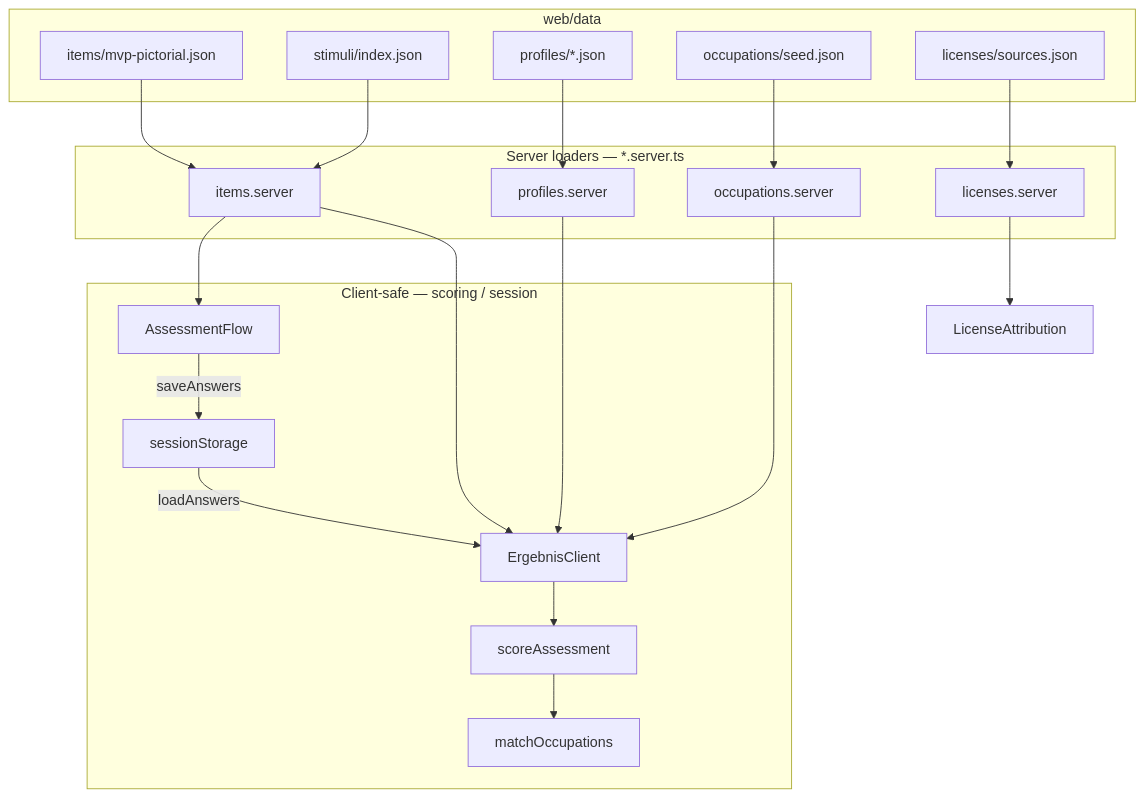
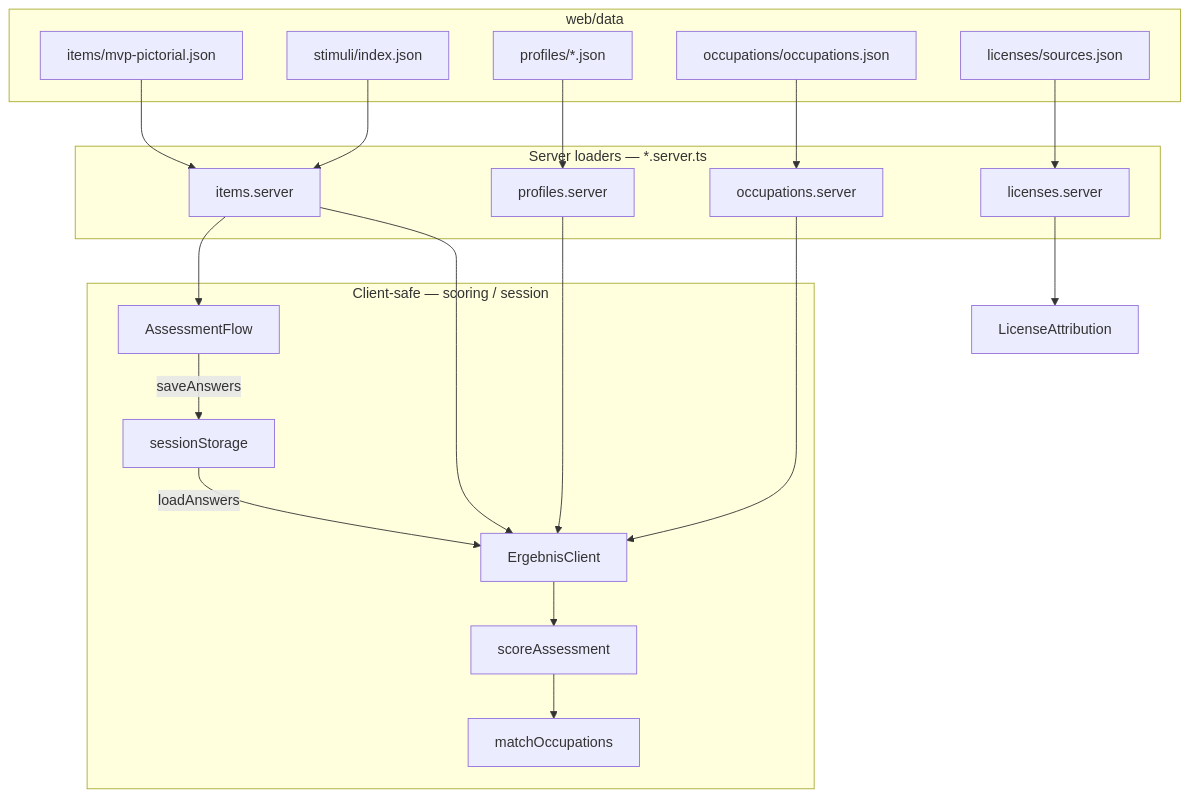
The diagram in README.md (zoooul/riasec), drawn with Mermaid before and after one commit. The commit also changed other lines of this file and 4 other files, not shown here.

First line of the commit message:
Add O*NET occupation import and wire occupations.json loader.

````diff
--- a/README.md
+++ b/README.md
@@ -36,42 +38,42 @@
 ```mermaid
 flowchart TB
   subgraph data [web/data]
     Items[items/mvp-pictorial.json]
     Stimuli[stimuli/index.json]
     Profiles[profiles/*.json]
-    Occ[occupations/seed.json]
+    Occ[occupations/occupations.json]
     Lic[licenses/sources.json]
   end
 
   subgraph server [Server loaders — *.server.ts]
     ItemsS[items.server]
     ProfilesS[profiles.server]
     OccS[occupations.server]
     LicS[licenses.server]
   end
 
   subgraph client [Client-safe — scoring / session]
     Flow[AssessmentFlow]
     Session[sessionStorage]
     Ergebnis[ErgebnisClient]
     Score[scoreAssessment]
     Match[matchOccupations]
   end
 
   Items --> ItemsS
   Stimuli --> ItemsS
   Profiles --> ProfilesS
   Occ --> OccS
   Lic --> LicS
 
   ItemsS --> Flow
   ItemsS --> Ergebnis
   ProfilesS --> Ergebnis
   OccS --> Ergebnis
   LicS --> Attr[LicenseAttribution]
 
   Flow -->|saveAnswers| Session
   Session -->|loadAnswers| Ergebnis
   Ergebnis --> Score
   Score --> Match
 ```
````
